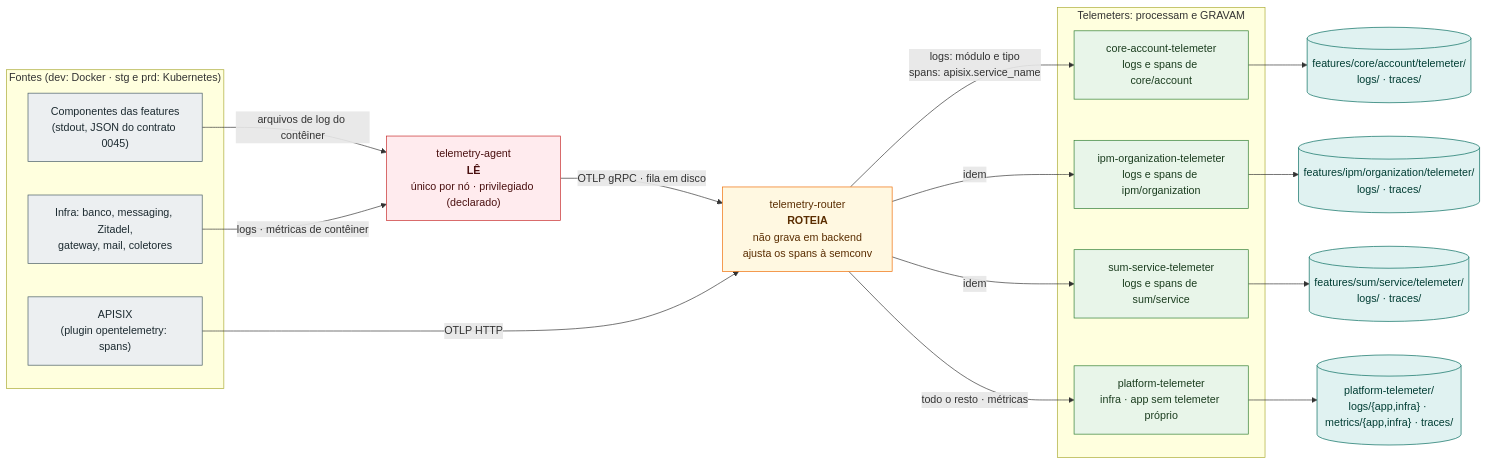
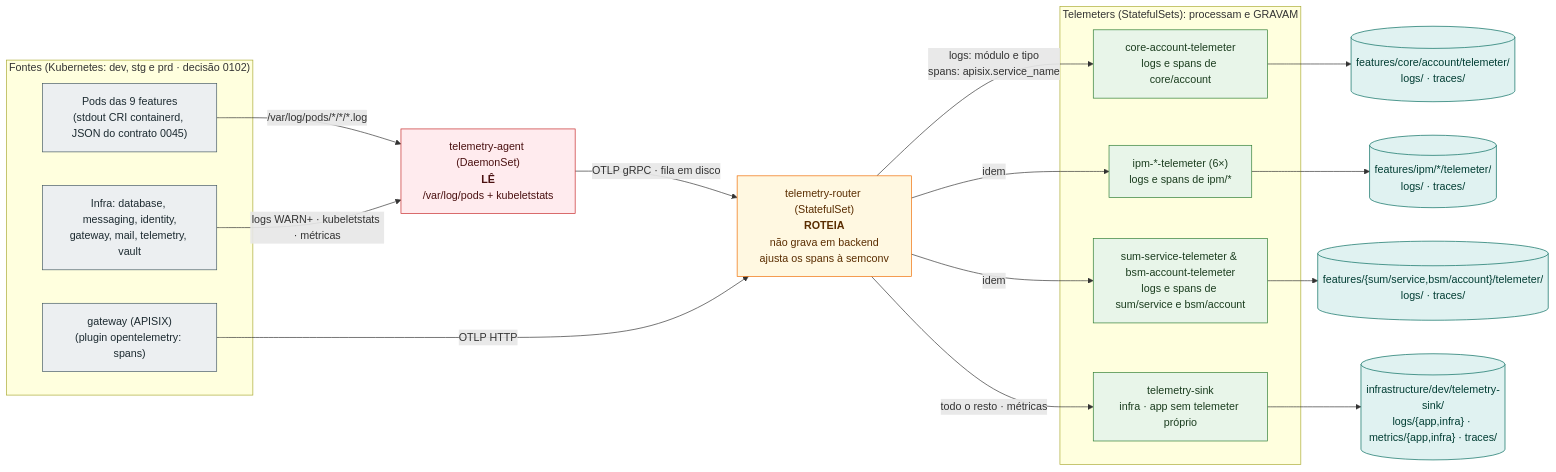
Before and after one commit to danielsabatini/smarkee: the diagram in docs/diagrams/observability-architecture.mmd, drawn with Mermaid. The commit also changed 86 other files, not shown here.

First line of the commit message:
feat(infra): provisionar cluster Kubernetes com kind, operadores, GitOps e utilitários

```diff
--- a/docs/diagrams/observability-architecture.mmd
+++ b/docs/diagrams/observability-architecture.mmd
@@ -1,40 +1,40 @@
 flowchart LR
     classDef src fill:#eceff1,stroke:#455a64,color:#1c2a30
     classDef read fill:#ffebee,stroke:#c62828,color:#4a1010
     classDef route fill:#fff8e1,stroke:#ef6c00,color:#5a2d00
     classDef write fill:#e8f5e9,stroke:#2e7d32,color:#1b3d1f
     classDef out fill:#e0f2f1,stroke:#00695c,color:#003d33
 
-    subgraph FONTES["Fontes (dev: Docker · stg e prd: Kubernetes)"]
-        APPS["Componentes das features<br/>(stdout, JSON do contrato 0045)"]:::src
-        INFRA["Infra: banco, messaging, Zitadel,<br/>gateway, mail, coletores"]:::src
-        APISIX["APISIX<br/>(plugin opentelemetry: spans)"]:::src
+    subgraph FONTES["Fontes (Kubernetes: dev, stg e prd · decisão 0102)"]
+        APPS["Pods das 9 features<br/>(stdout CRI containerd, JSON do contrato 0045)"]:::src
+        INFRA["Infra: database, messaging, identity,<br/>gateway, mail, telemetry, vault"]:::src
+        APISIX["gateway (APISIX)<br/>(plugin opentelemetry: spans)"]:::src
     end
 
-    AGENT["telemetry-agent<br/><b>LÊ</b><br/>único por nó · privilegiado (declarado)"]:::read
-    ROUTER["telemetry-router<br/><b>ROTEIA</b><br/>não grava em backend<br/>ajusta os spans à semconv"]:::route
+    AGENT["telemetry-agent (DaemonSet)<br/><b>LÊ</b><br/>/var/log/pods + kubeletstats"]:::read
+    ROUTER["telemetry-router (StatefulSet)<br/><b>ROTEIA</b><br/>não grava em backend<br/>ajusta os spans à semconv"]:::route
 
-    subgraph TELEMETERS["Telemeters: processam e GRAVAM"]
+    subgraph TELEMETERS["Telemeters (StatefulSets): processam e GRAVAM"]
         CORE["core-account-telemeter<br/>logs e spans de core/account"]:::write
-        IPM["ipm-organization-telemeter<br/>logs e spans de ipm/organization"]:::write
-        SUM["sum-service-telemeter<br/>logs e spans de sum/service"]:::write
-        PLAT["platform-telemeter<br/>infra · app sem telemeter próprio"]:::write
+        IPM["ipm-*-telemeter (6×)<br/>logs e spans de ipm/*"]:::write
+        SUM["sum-service-telemeter &amp; bsm-account-telemeter<br/>logs e spans de sum/service e bsm/account"]:::write
+        SINK["telemetry-sink<br/>infra · app sem telemeter próprio"]:::write
     end
 
     OUTCORE[("features/core/account/telemeter/<br/>logs/ · traces/")]:::out
-    OUTIPM[("features/ipm/organization/telemeter/<br/>logs/ · traces/")]:::out
-    OUTSUM[("features/sum/service/telemeter/<br/>logs/ · traces/")]:::out
-    OUTPLAT[("platform-telemeter/<br/>logs/{app,infra} · metrics/{app,infra} · traces/")]:::out
+    OUTIPM[("features/ipm/*/telemeter/<br/>logs/ · traces/")]:::out
+    OUTSUM[("features/{sum/service,bsm/account}/telemeter/<br/>logs/ · traces/")]:::out
+    OUTSINK[("infrastructure/dev/telemetry-sink/<br/>logs/{app,infra} · metrics/{app,infra} · traces/")]:::out
 
-    APPS -- "arquivos de log do contêiner" --> AGENT
-    INFRA -- "logs · métricas de contêiner" --> AGENT
+    APPS -- "/var/log/pods/*/*/*.log" --> AGENT
+    INFRA -- "logs WARN+ · kubeletstats · métricas" --> AGENT
     AGENT -- "OTLP gRPC · fila em disco" --> ROUTER
     APISIX -- "OTLP HTTP" --> ROUTER
     ROUTER -- "logs: módulo e tipo<br/>spans: apisix.service_name" --> CORE
     ROUTER -- "idem" --> IPM
     ROUTER -- "idem" --> SUM
-    ROUTER -- "todo o resto · métricas" --> PLAT
+    ROUTER -- "todo o resto · métricas" --> SINK
     CORE --> OUTCORE
     IPM --> OUTIPM
     SUM --> OUTSUM
-    PLAT --> OUTPLAT
+    SINK --> OUTSINK
```
